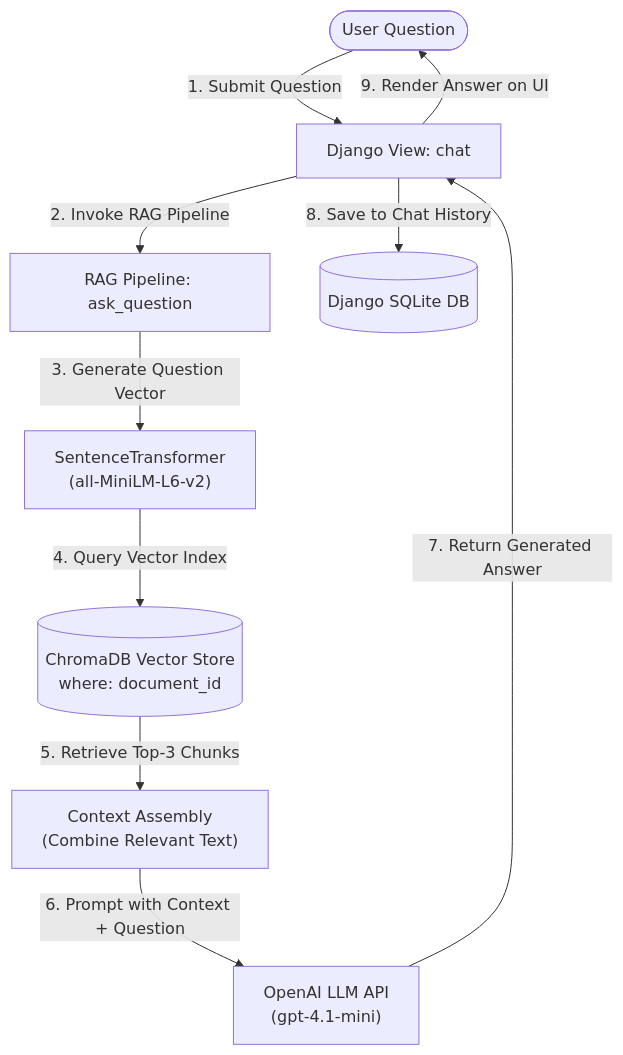
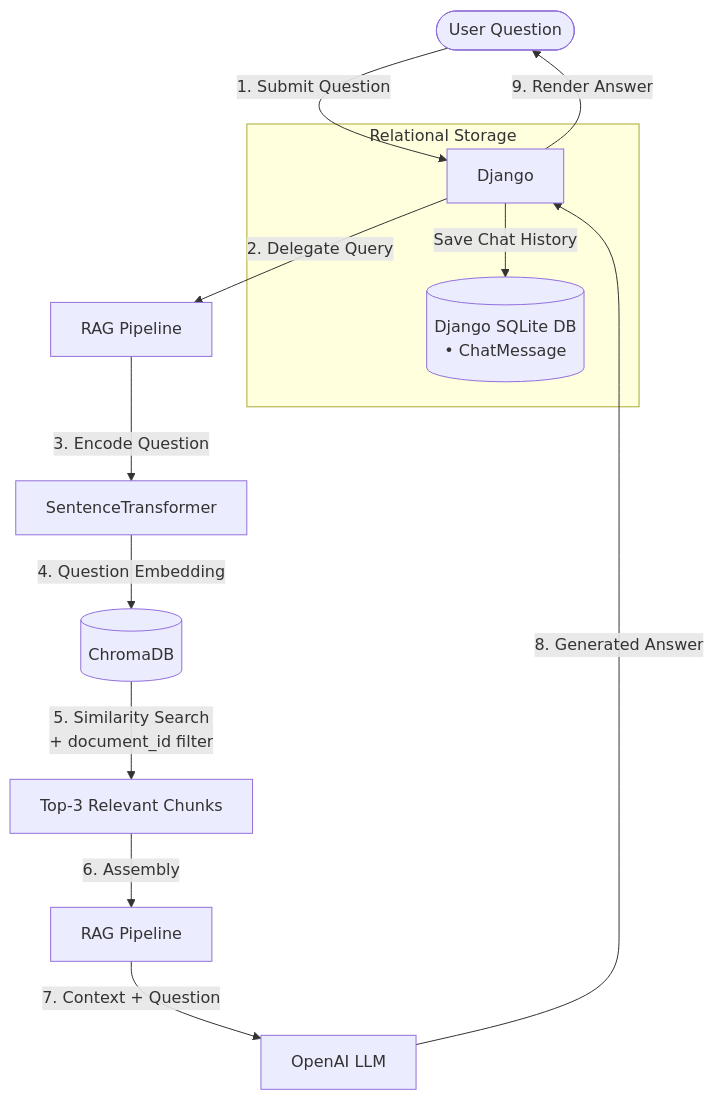
One commit to SENTHIL-NETXYPER/techjays_rag_senthil changed the second of 2 diagrams in README.md. Above: the diagram before and after it, drawn with Mermaid. The commit also changed other lines of this file, not shown here.

Commit message:
Update architecture diagrams to reflect exact retrieval flow and database roles

````diff
--- a/README.md
+++ b/README.md
@@ -69,12 +75,16 @@
 ```mermaid
 flowchart TD
-    UserQ(["User Question"]) -->|1. Submit Question| DjangoChat["Django View: chat"]
-    DjangoChat -->|2. Invoke RAG Pipeline| RAGPipeline["RAG Pipeline: ask_question"]
-    RAGPipeline -->|3. Generate Question Vector| QueryEncoder["SentenceTransformer<br/>(all-MiniLM-L6-v2)"]
-    QueryEncoder -->|4. Query Vector Index| ChromaDB[("ChromaDB Vector Store<br/>where: document_id")]
-    ChromaDB -->|5. Retrieve Top-3 Chunks| ContextBuilder["Context Assembly<br/>(Combine Relevant Text)"]
-    ContextBuilder -->|6. Prompt with Context + Question| OpenAI["OpenAI LLM API<br/>(gpt-4.1-mini)"]
-    OpenAI -->|7. Return Generated Answer| DjangoChat
-    DjangoChat -->|8. Save to Chat History| SQLite[("Django SQLite DB")]
-    DjangoChat -->|9. Render Answer on UI| UserQ
+    UserQ(["User Question"]) -->|1. Submit Question| Django["Django"]
+    Django -->|2. Delegate Query| RAG1["RAG Pipeline"]
+    RAG1 -->|3. Encode Question| ST["SentenceTransformer"]
+    ST -->|4. Question Embedding| ChromaDB[("ChromaDB")]
+    ChromaDB -->|5. Similarity Search<br/>+ document_id filter| Chunks["Top-3 Relevant Chunks"]
+    Chunks -->|6. Assembly| RAG2["RAG Pipeline"]
+    RAG2 -->|7. Context + Question| OpenAI["OpenAI LLM"]
+    OpenAI -->|8. Generated Answer| Django
+    Django -->|9. Render Answer| UserQ
+
+    subgraph ChatHistory["Relational Storage"]
+        Django -->|Save Chat History| SQLite[("Django SQLite DB<br/>• ChatMessage")]
+    end
 ```
````
